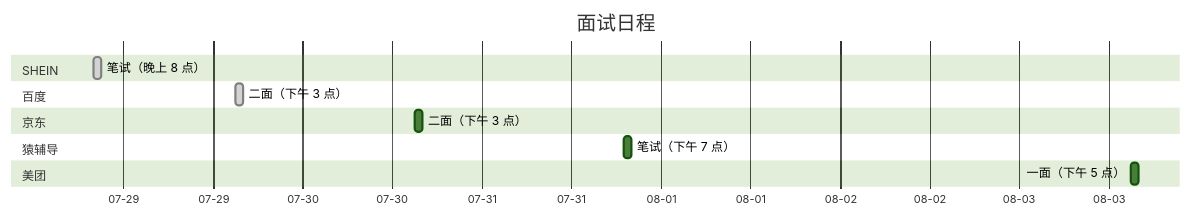
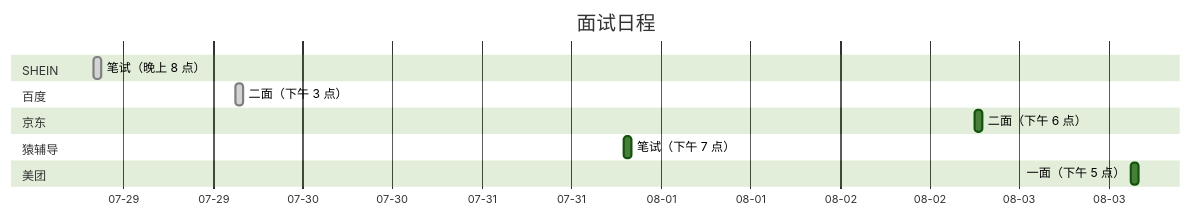
One commit to AlertNull/interview-schedule changed the diagram in calendar.mmd. Above: the diagram before and after it, drawn with Mermaid (forest theme).

```diff
--- a/calendar.mmd
+++ b/calendar.mmd
@@ -1,14 +1,14 @@
 gantt
     axisFormat  %m-%d
     title 面试日程
     dateFormat  YYYY-MM-DD-H
     section SHEIN
     笔试（晚上 8 点）:done, 2021-07-28-20, 1h
     section 百度
     二面（下午 3 点）:done, 2021-07-29-15, 1h
     section 京东
-    二面（下午 3 点）: 2021-07-30-15, 1h
+    二面（下午 6 点）: 2021-08-02-18, 1h
     section 猿辅导
     笔试（下午 7 点）: 2021-07-31-19, 1h
     section 美团
     一面（下午 5 点）:2021-08-03-15, 1h
```
